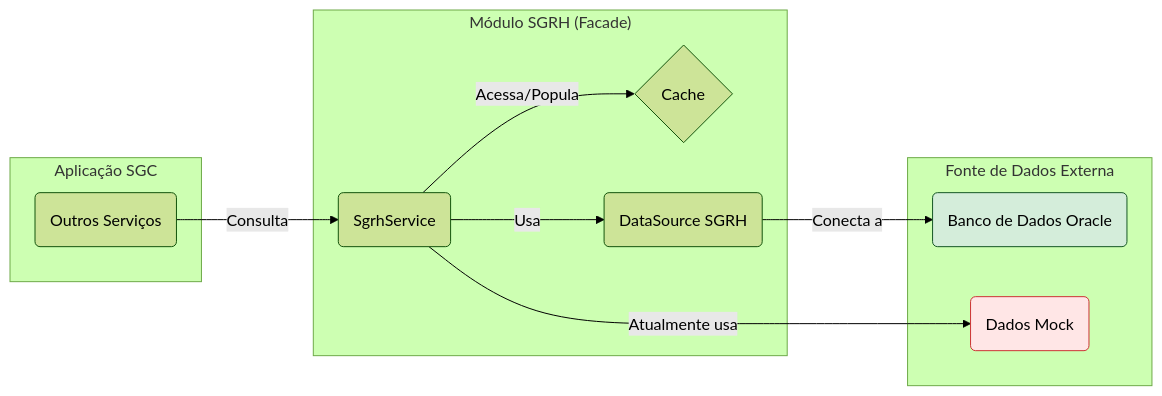
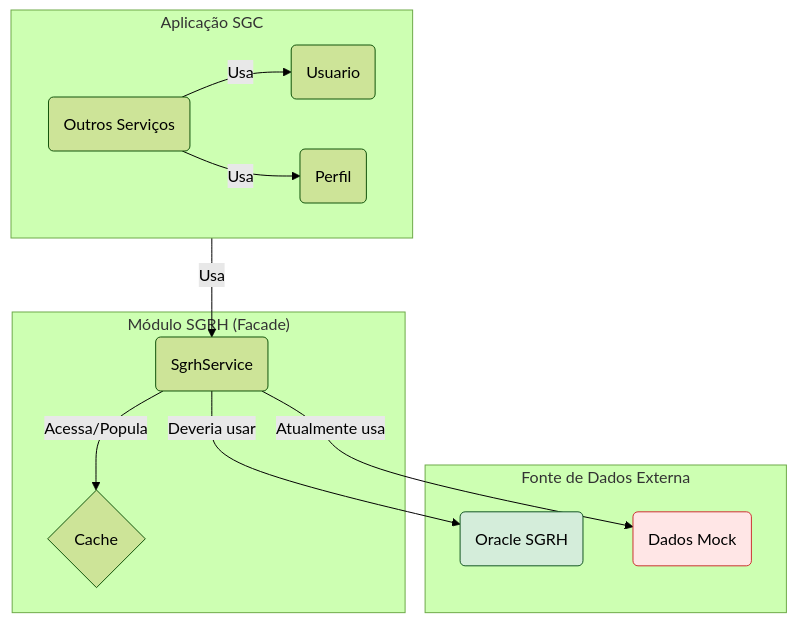
One commit to lgalvao/sgc changed the diagram in backend/src/main/java/sgc/sgrh/README.md. Above: the diagram before and after it, drawn with Mermaid (forest theme). The commit also changed other lines of this file and 23 other files, not shown here.

First line of the commit message:
docs: Update all backend READMEs and add Mermaid diagrams

````diff
--- a/backend/src/main/java/sgc/sgrh/README.md
+++ b/backend/src/main/java/sgc/sgrh/README.md
@@ -92,27 +21,30 @@
 ```mermaid
-graph LR
+graph TD
     subgraph "Aplicação SGC"
+        direction LR
         A(Outros Serviços)
+        U(Usuario)
+        P(Perfil)
     end
 
     subgraph "Módulo SGRH (Facade)"
         B(SgrhService)
         C{Cache}
-        D(DataSource SGRH)
     end
 
     subgraph "Fonte de Dados Externa"
-        E(Banco de Dados Oracle)
+        E(Oracle SGRH)
         F(Dados Mock)
     end
 
-    A -- Consulta --> B
+    A -- Usa --> B
+    A -- Usa --> U
+    A -- Usa --> P
+
     B -- Acessa/Popula --> C
-    B -- Usa --> D
-    D -- Conecta a --> E
-
     B -- Atualmente usa --> F
+    B -- Deveria usar --> E
 
     style F fill:#ffe6e6,stroke:#c33
     style E fill:#d4edda,stroke:#155724
 ```
````
